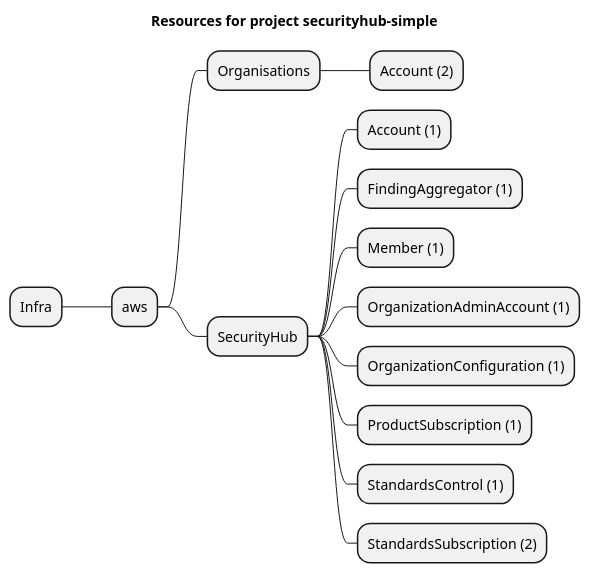
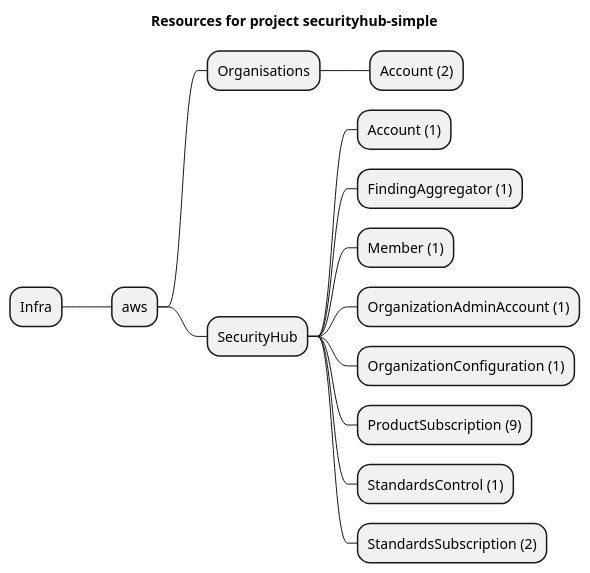
One commit to grucloud/grucloud changed the diagram in examples/aws/SecurityHub/securityhub-simple/artifacts/resources-mindmap.puml. Above: the diagram before and after it, drawn with PlantUML. The commit also changed 6 other files, not shown here.

```diff
--- a/examples/aws/SecurityHub/securityhub-simple/artifacts/resources-mindmap.puml
+++ b/examples/aws/SecurityHub/securityhub-simple/artifacts/resources-mindmap.puml
@@ -1,17 +1,17 @@
 @startmindmap
 title Resources for project securityhub-simple
 skinparam monochrome true
 + Infra
 ++ aws
 +++ Organisations
 ++++ Account (2)
 +++ SecurityHub
 ++++ Account (1)
 ++++ FindingAggregator (1)
 ++++ Member (1)
 ++++ OrganizationAdminAccount (1)
 ++++ OrganizationConfiguration (1)
-++++ ProductSubscription (1)
+++++ ProductSubscription (9)
 ++++ StandardsControl (1)
 ++++ StandardsSubscription (2)
 @endmindmap
```
